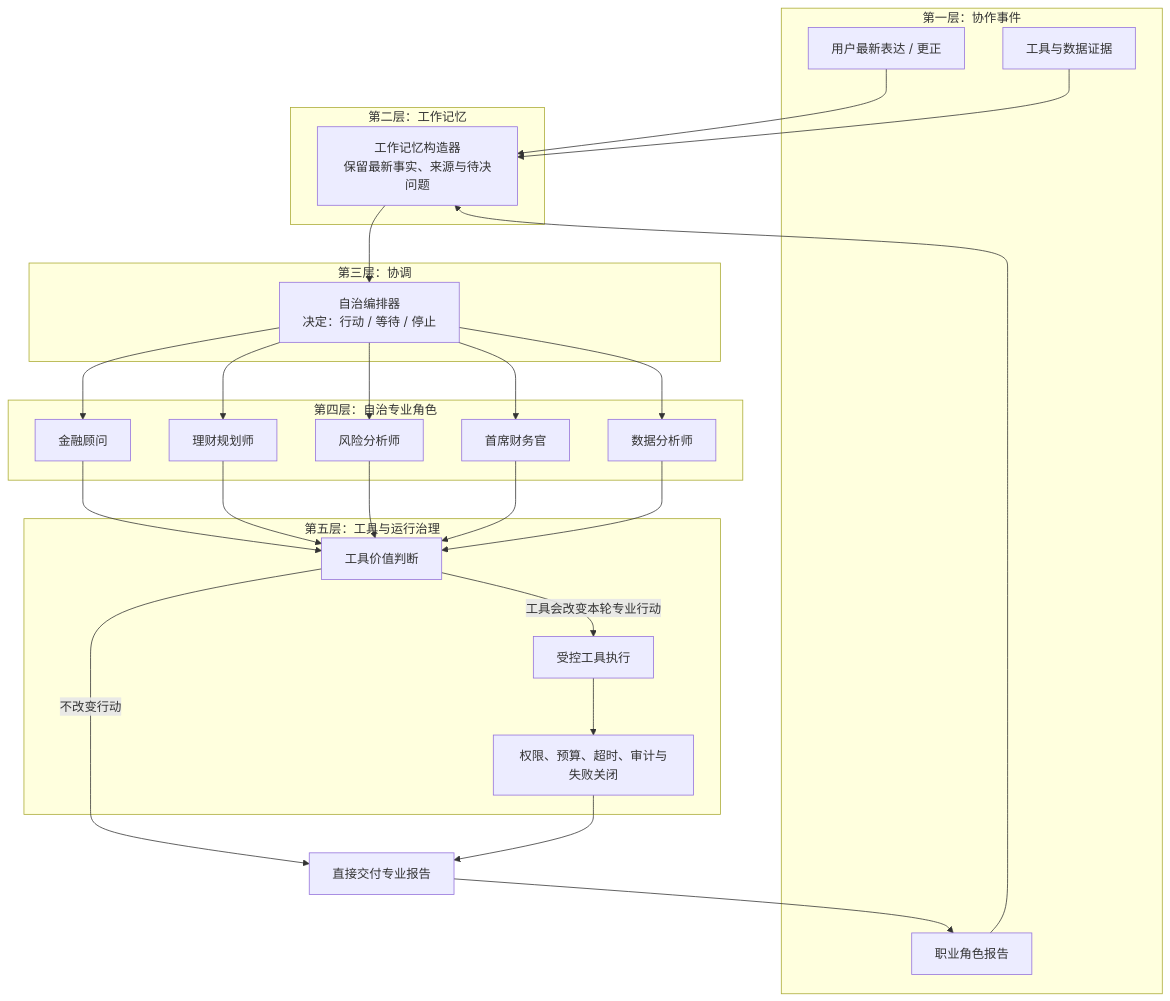
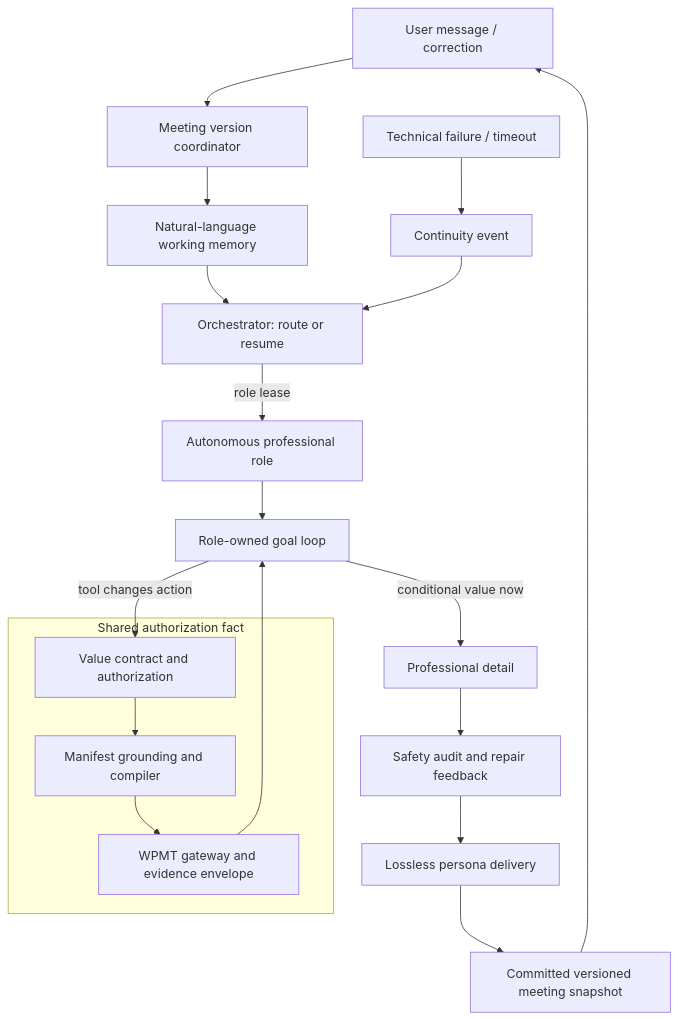
One commit to WXYNB66/-Autonomous-Domain-Agents changed the diagram in diagrams/architecture_overview.mmd. Above: the diagram before and after it, drawn with Mermaid. The commit also changed 13 other files, not shown here.

```diff
--- a/diagrams/architecture_overview.mmd
+++ b/diagrams/architecture_overview.mmd
@@ -1,48 +1,24 @@
 flowchart TB
-    subgraph L1[第一层：协作事件]
-        U[用户最新表达 / 更正]
-        R[职业角色报告]
-        X[工具与数据证据]
+    U[User message / correction] --> V[Meeting version coordinator]
+    V --> M[Natural-language working memory]
+    M --> O[Orchestrator: route or resume]
+    O -->|role lease| R[Autonomous professional role]
+    R --> G[Role-owned goal loop]
+    G -->|conditional value now| D[Professional detail]
+    G -->|tool changes action| A[Value contract and authorization]
+    A --> C[Manifest grounding and compiler]
+    C --> W[WPMT gateway and evidence envelope]
+    W --> G
+    D --> Q[Safety audit and repair feedback]
+    Q --> P[Lossless persona delivery]
+    P --> S[Committed versioned meeting snapshot]
+    S --> U
+
+    X[Technical failure / timeout] --> H[Continuity event]
+    H --> O
+
+    subgraph Shared authorization fact
+      A
+      C
+      W
     end
-
-    subgraph L2[第二层：工作记忆]
-        M[工作记忆构造器<br/>保留最新事实、来源与待决问题]
-    end
-
-    subgraph L3[第三层：协调]
-        O[自治编排器<br/>决定：行动 / 等待 / 停止]
-    end
-
-    subgraph L4[第四层：自治专业角色]
-        FA[金融顾问]
-        FP[理财规划师]
-        RA[风险分析师]
-        CFO[首席财务官]
-        DA[数据分析师]
-    end
-
-    subgraph L5[第五层：工具与运行治理]
-        TV[工具价值判断]
-        TE[受控工具执行]
-        G[权限、预算、超时、审计与失败关闭]
-    end
-
-    U --> M
-    R --> M
-    X --> M
-    M --> O
-    O --> FA
-    O --> FP
-    O --> RA
-    O --> CFO
-    O --> DA
-    FA --> TV
-    FP --> TV
-    RA --> TV
-    CFO --> TV
-    DA --> TV
-    TV -->|工具会改变本轮专业行动| TE
-    TV -->|不改变行动| N[直接交付专业报告]
-    TE --> G
-    G --> N
-    N --> R
```
